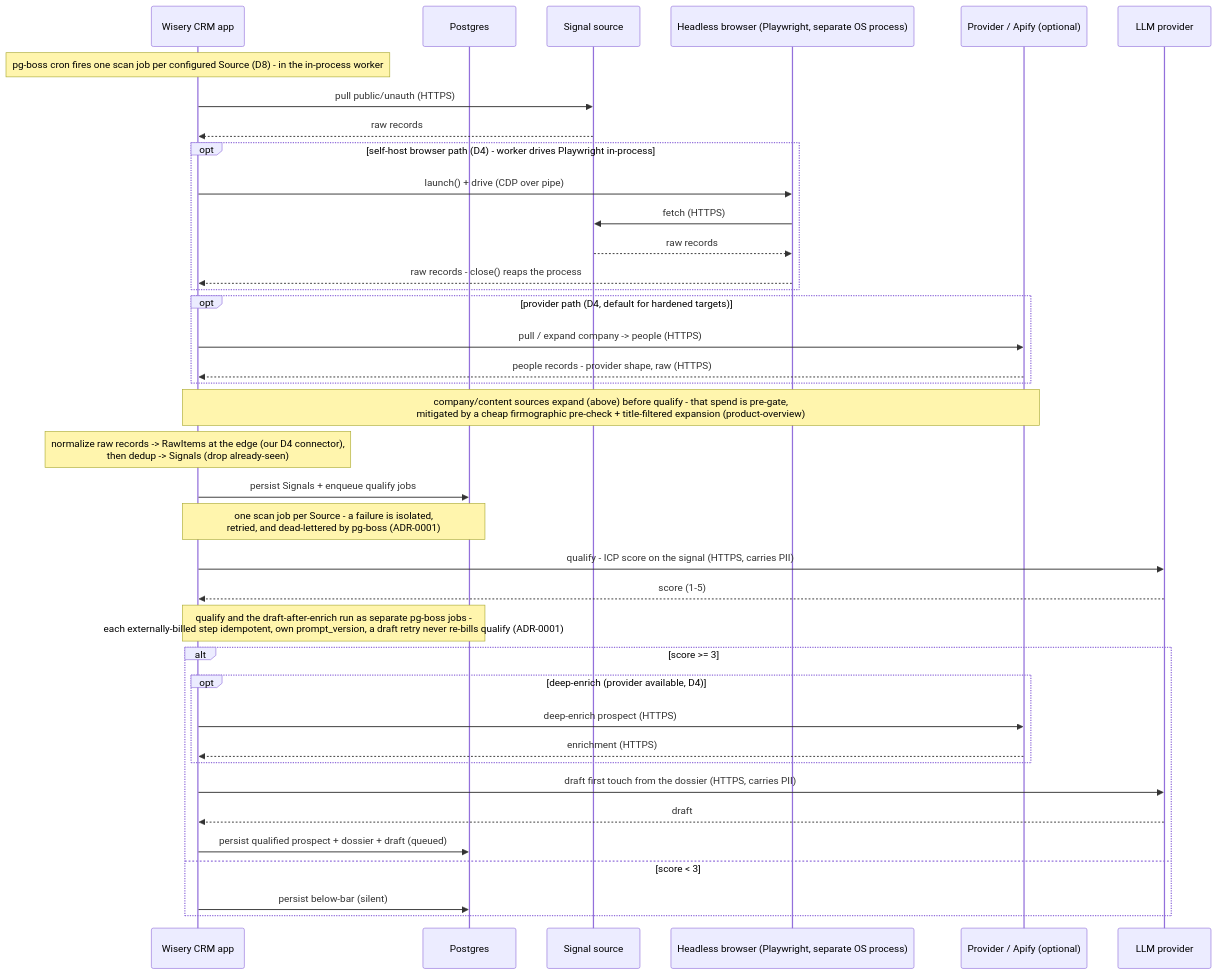
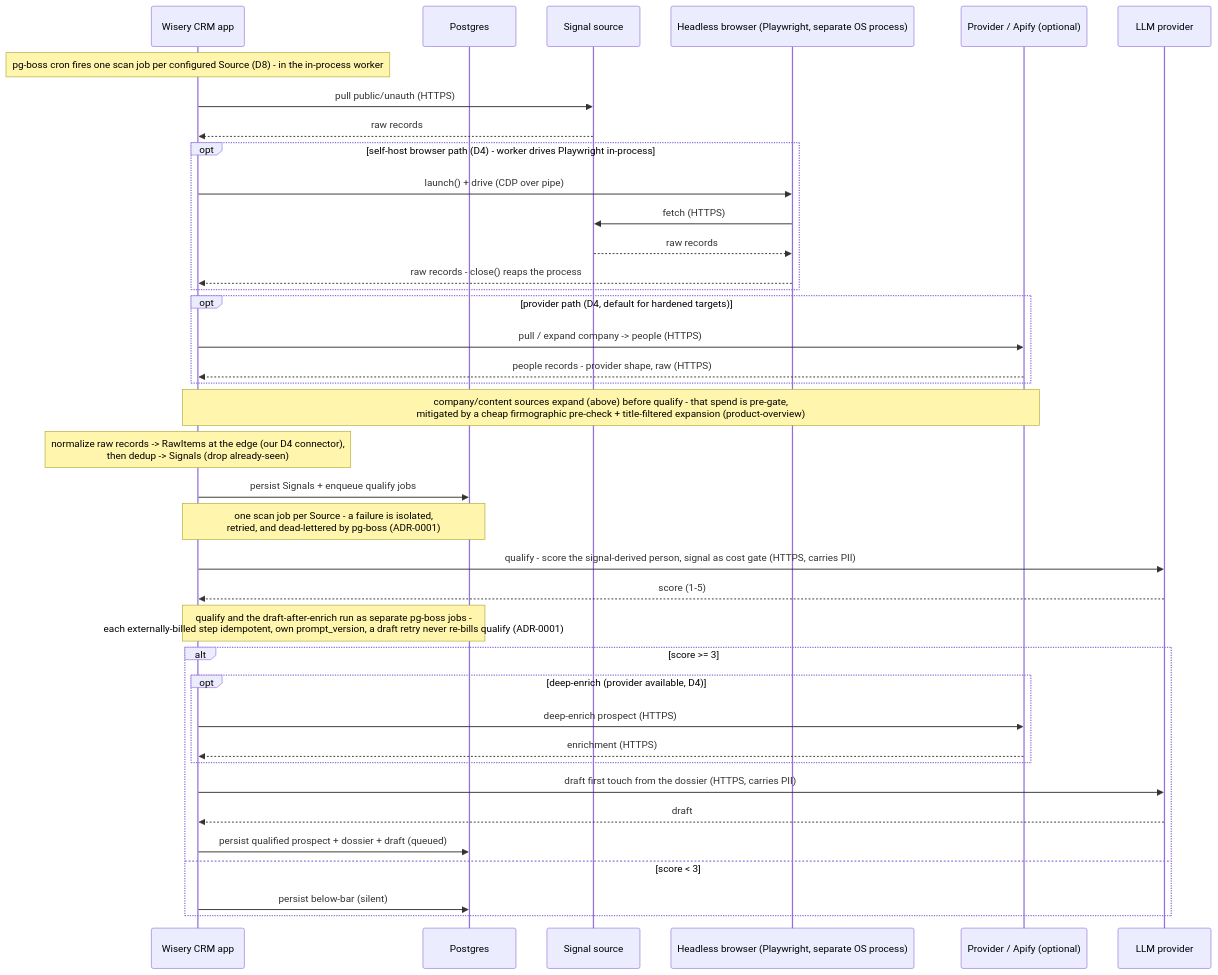
The third of 7 diagrams in docs/architecture/system-design.md (m-ratnikov/wisery-crm), drawn with Mermaid before and after one commit. The commit also changed other lines of this file and 17 other files, not shown here.

First line of the commit message:
Record architecture canon: ADRs 0005-0009, domain model, glossary

````diff
--- a/docs/architecture/system-design.md
+++ b/docs/architecture/system-design.md
@@ -108,41 +112,41 @@
 ```mermaid
 sequenceDiagram
     participant App as Wisery CRM app
     participant DB as Postgres
     participant SRC as Signal source
     participant SC as Headless browser (Playwright, separate OS process)
     participant DP as Provider / Apify (optional)
     participant LLM as LLM provider
 
     Note over App: pg-boss cron fires one scan job per configured Source (D8) - in the in-process worker
     App->>SRC: pull public/unauth (HTTPS)
     SRC-->>App: raw records
     opt self-host browser path (D4) - worker drives Playwright in-process
         App->>SC: launch() + drive (CDP over pipe)
         SC->>SRC: fetch (HTTPS)
         SRC-->>SC: raw records
         SC-->>App: raw records - close() reaps the process
     end
     opt provider path (D4, default for hardened targets)
         App->>DP: pull / expand company -> people (HTTPS)
         DP-->>App: people records - provider shape, raw (HTTPS)
     end
     Note over App,DP: company/content sources expand (above) before qualify - that spend is pre-gate,<br/>mitigated by a cheap firmographic pre-check + title-filtered expansion (product-overview)
     Note over App: normalize raw records -> RawItems at the edge (our D4 connector),<br/>then dedup -> Signals (drop already-seen)
     App->>DB: persist Signals + enqueue qualify jobs
     Note over App,DB: one scan job per Source - a failure is isolated,<br/>retried, and dead-lettered by pg-boss (ADR-0001)
-    App->>LLM: qualify - ICP score on the signal (HTTPS, carries PII)
+    App->>LLM: qualify - score the signal-derived person, signal as cost gate (HTTPS, carries PII)
     LLM-->>App: score (1-5)
     Note over App,DB: qualify and the draft-after-enrich run as separate pg-boss jobs -<br/>each externally-billed step idempotent, own prompt_version, a draft retry never re-bills qualify (ADR-0001)
     alt score >= 3
         opt deep-enrich (provider available, D4)
             App->>DP: deep-enrich prospect (HTTPS)
             DP-->>App: enrichment (HTTPS)
         end
         App->>LLM: draft first touch from the dossier (HTTPS, carries PII)
         LLM-->>App: draft
         App->>DB: persist qualified prospect + dossier + draft (queued)
     else score < 3
         App->>DB: persist below-bar (silent)
     end
 ```
````
